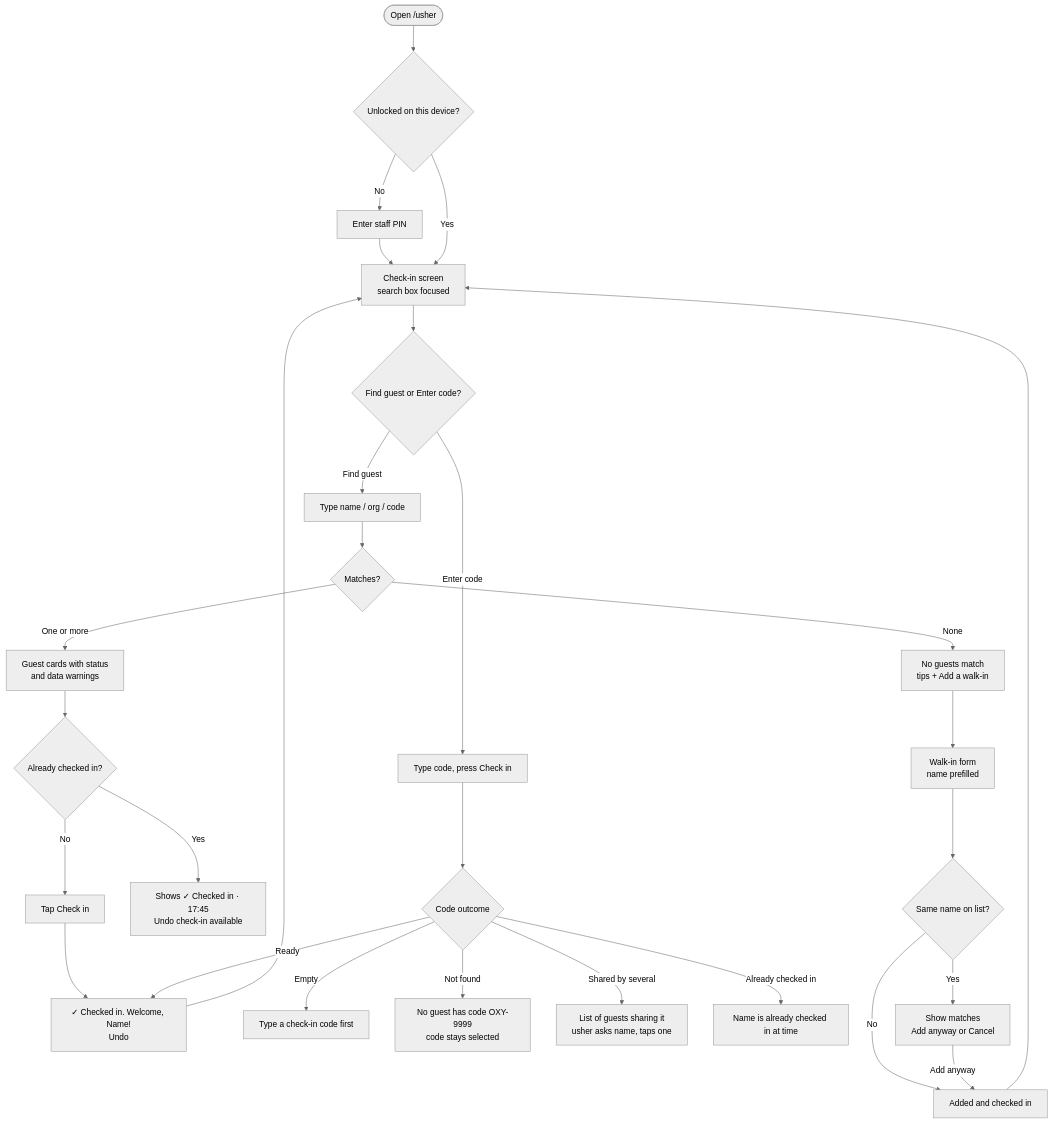
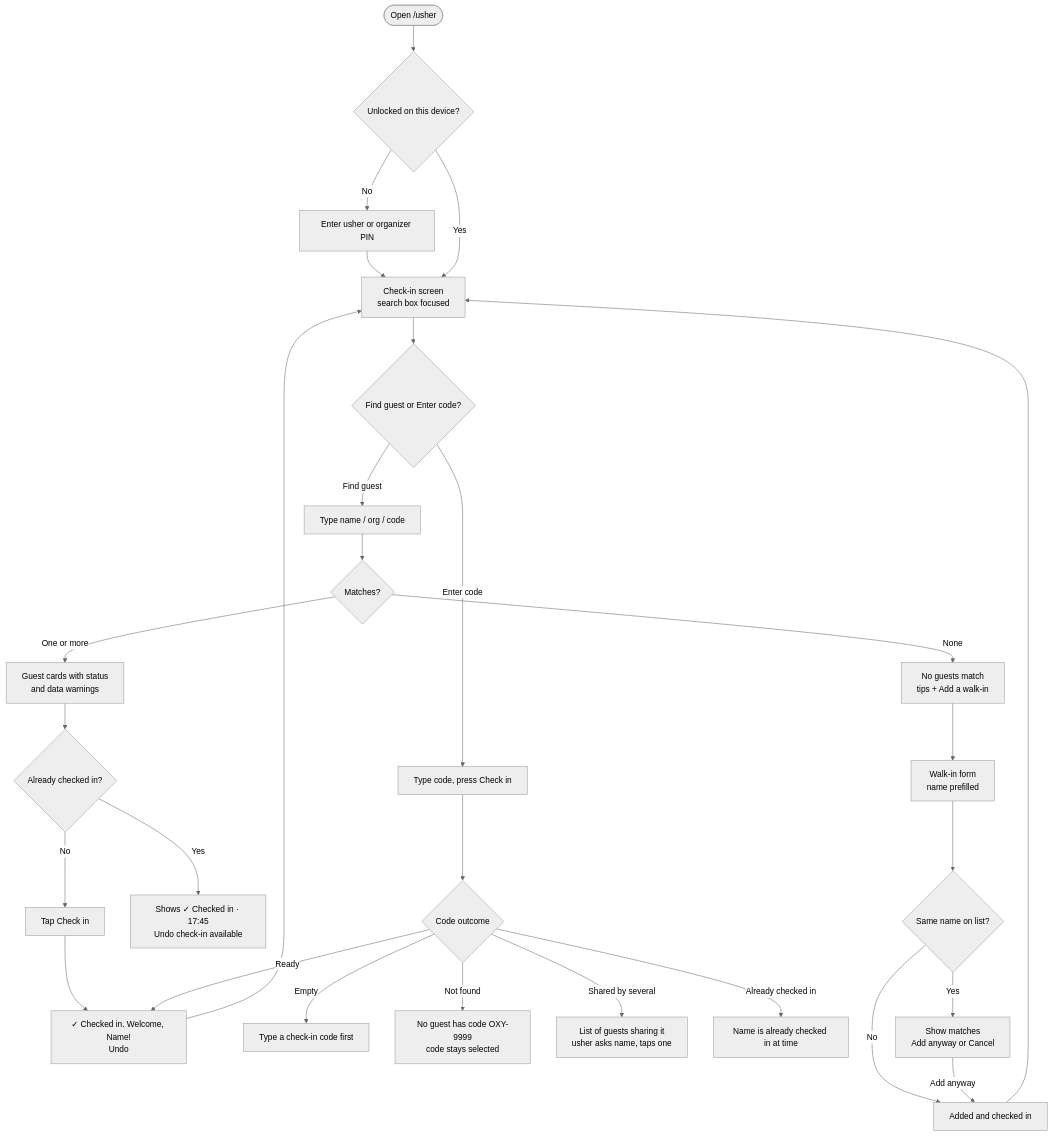
The first of 3 diagrams in docs/UX.md (iankaranja13/Oxygene-Assessment), drawn with Mermaid (neutral theme) before and after one commit. The commit also changed other lines of this file and 4 other files, not shown here.

````diff
--- a/docs/UX.md
+++ b/docs/UX.md
@@ -17,33 +17,33 @@
 ```mermaid
 flowchart TD
     A([Open /usher]) --> B{Unlocked on this device?}
-    B -- No --> C[Enter staff PIN] --> D
+    B -- No --> C[Enter usher or organizer PIN] --> D
     B -- Yes --> D[Check-in screen<br/>search box focused]
     D --> E{Find guest or Enter code?}
 
     E -- Find guest --> F[Type name / org / code]
     F --> G{Matches?}
     G -- None --> H[No guests match<br/>tips + Add a walk-in]
     G -- One or more --> I[Guest cards with status<br/>and data warnings]
     I --> J{Already checked in?}
     J -- No --> K[Tap Check in]
     K --> L[✓ Checked in. Welcome, Name!<br/>Undo]
     J -- Yes --> M[Shows ✓ Checked in · 17:45<br/>Undo check-in available]
 
     E -- Enter code --> N[Type code, press Check in]
     N --> O{Code outcome}
     O -- Empty --> P[Type a check-in code first]
     O -- Not found --> Q[No guest has code OXY-9999<br/>code stays selected]
     O -- Shared by several --> R[List of guests sharing it<br/>usher asks name, taps one]
     O -- Already checked in --> S[Name is already checked in at time]
     O -- Ready --> L
 
     H --> T[Walk-in form<br/>name prefilled]
     T --> U{Same name on list?}
     U -- Yes --> V[Show matches<br/>Add anyway or Cancel]
     U -- No --> W[Added and checked in]
     V -- Add anyway --> W
 
     L --> D
     W --> D
 ```
````
